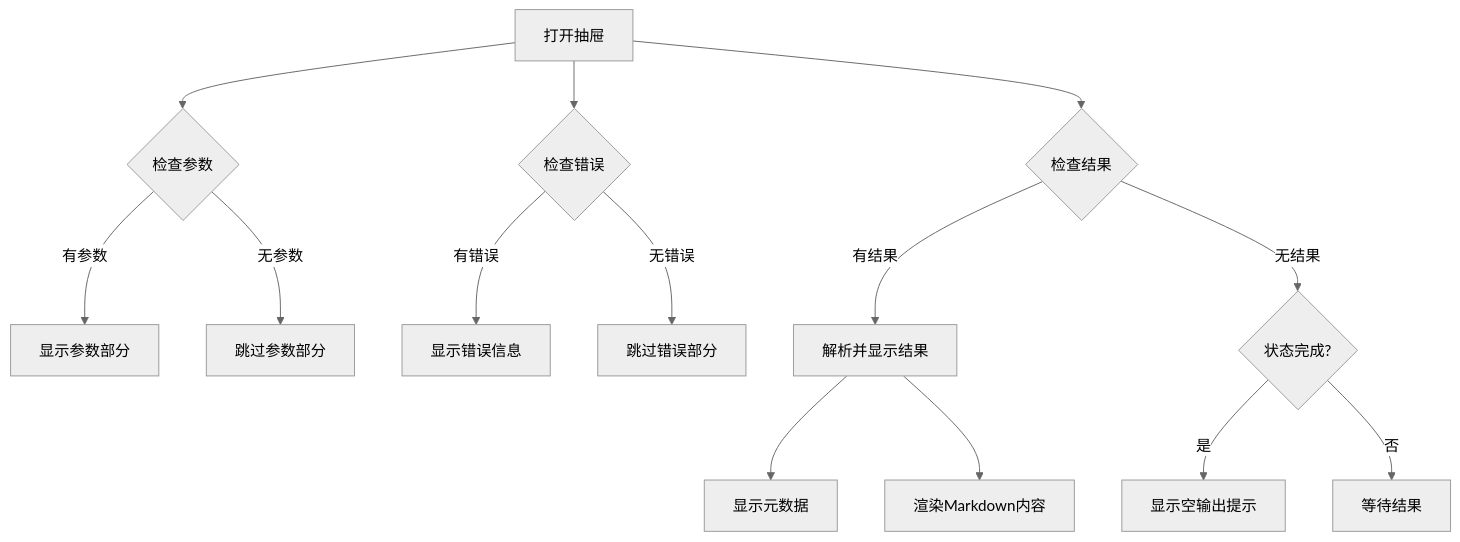
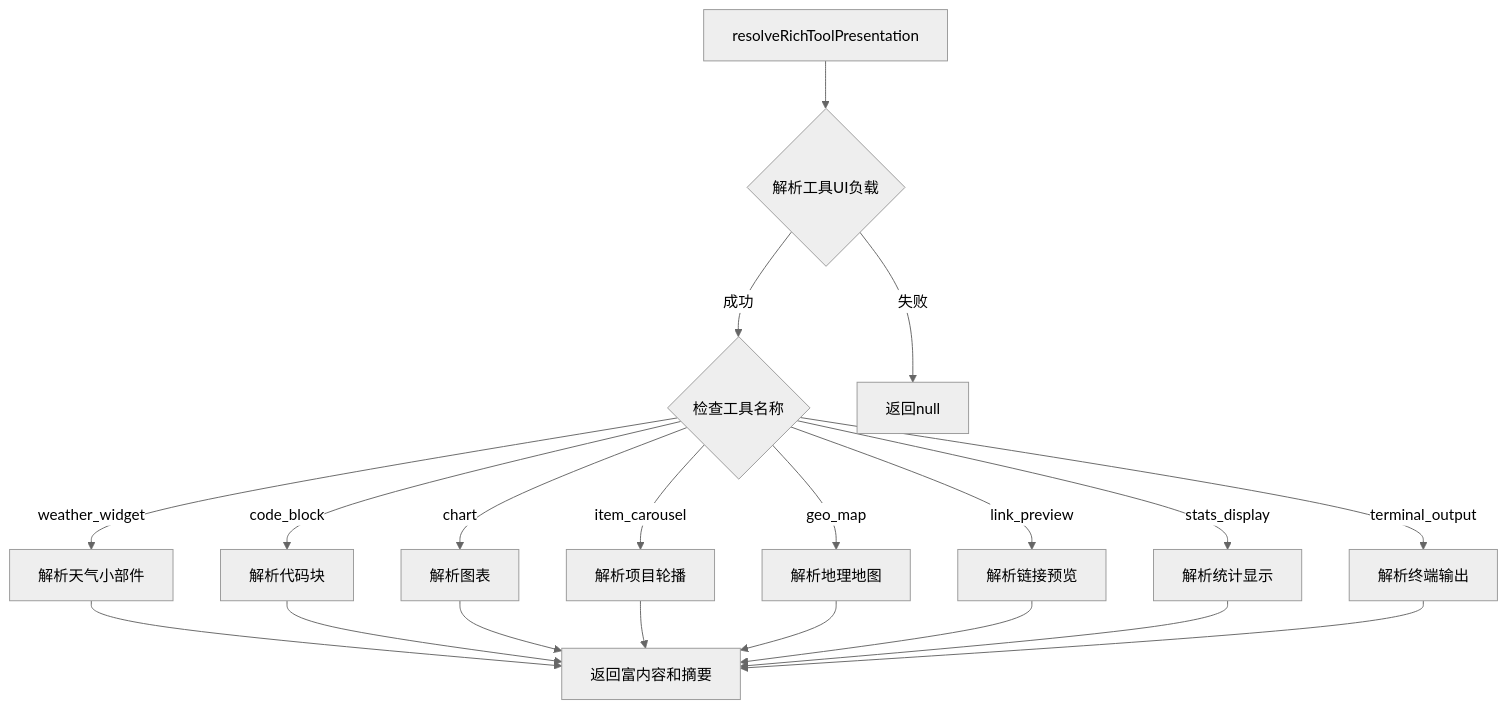
The seventh of 16 diagrams in .qoder/repowiki/zh/content/Web界面/UI组件系统/工具UI组件/工具UI组件.md (verse-ai-org/openclaw), drawn with Mermaid (neutral theme) before and after one commit. The commit also changed other lines of this file and 26 other files, not shown here.

````diff
--- a/.qoder/repowiki/zh/content/Web界面/UI组件系统/工具UI组件/工具UI组件.md
+++ b/.qoder/repowiki/zh/content/Web界面/UI组件系统/工具UI组件/工具UI组件.md
@@ -410,16 +535,22 @@
 ```mermaid
 flowchart TD
-A[打开抽屉] --> B{检查参数}
-B --> |有参数| C[显示参数部分]
-B --> |无参数| D[跳过参数部分]
-A --> E{检查错误}
-E --> |有错误| F[显示错误信息]
-E --> |无错误| G[跳过错误部分]
-A --> H{检查结果}
-H --> |有结果| I[解析并显示结果]
-H --> |无结果| J{状态完成?}
-J --> |是| K[显示空输出提示]
-J --> |否| L[等待结果]
-I --> M[显示元数据]
-I --> N[渲染Markdown内容]
+A[resolveRichToolPresentation] --> B{解析工具UI负载}
+B --> |成功| C{检查工具名称}
+B --> |失败| D[返回null]
+C --> |weather_widget| E[解析天气小部件]
+C --> |code_block| F[解析代码块]
+C --> |chart| G[解析图表]
+C --> |item_carousel| H[解析项目轮播]
+C --> |geo_map| I[解析地理地图]
+C --> |link_preview| J[解析链接预览]
+C --> |stats_display| K[解析统计显示]
+C --> |terminal_output| L[解析终端输出]
+E --> M[返回富内容和摘要]
+F --> M
+G --> M
+H --> M
+I --> M
+J --> M
+K --> M
+L --> M
 ```
````
